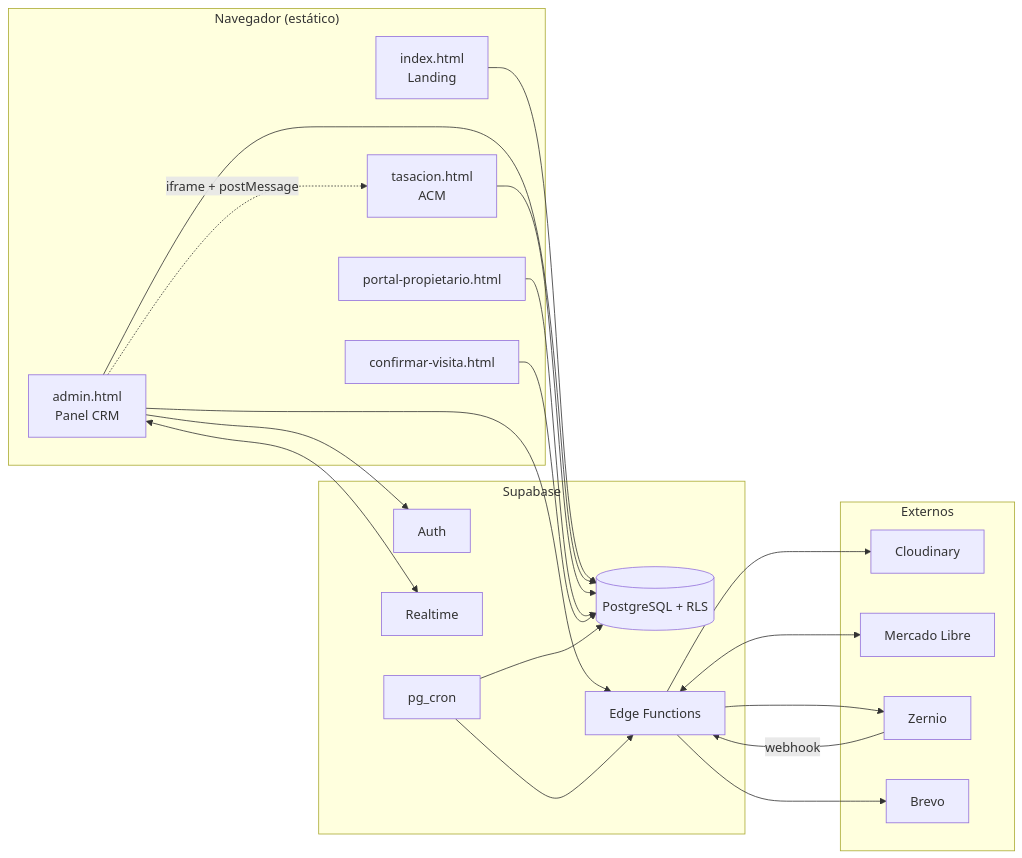
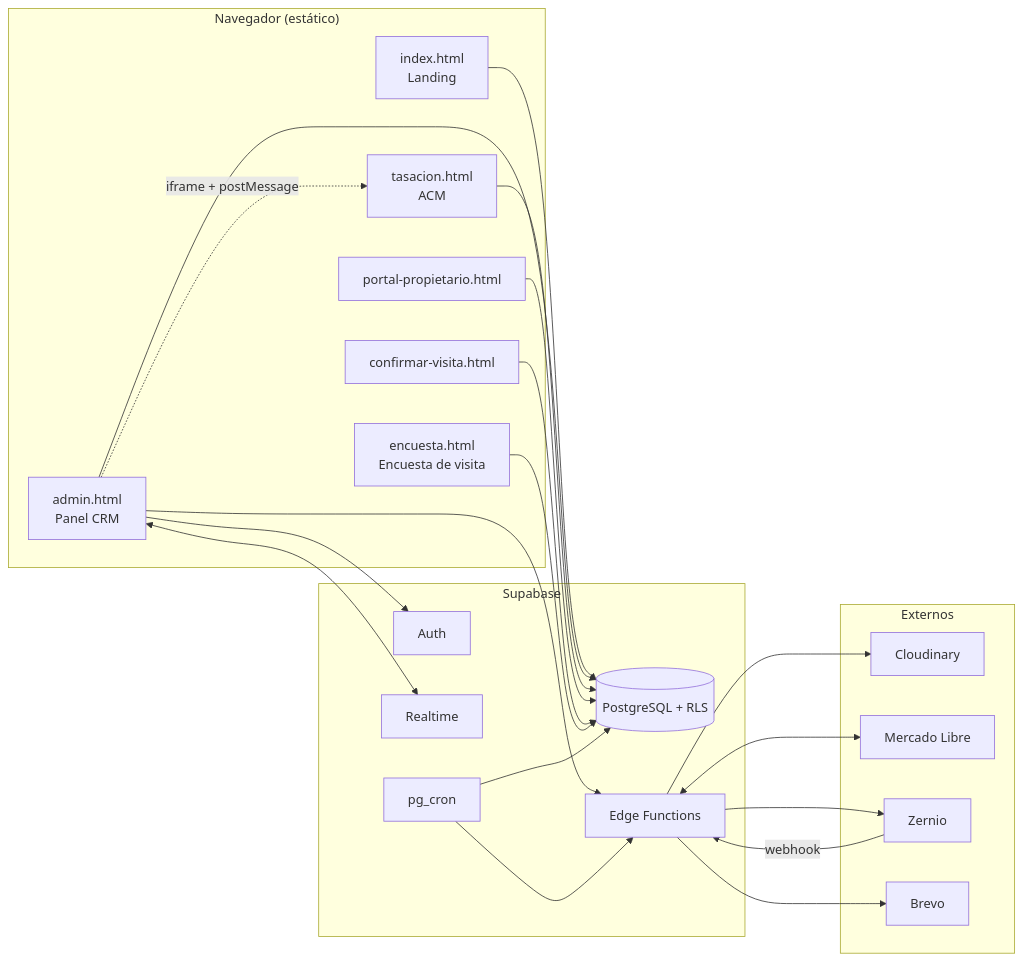
The first of 5 diagrams in README.md (facuherrera23/BH-OFICIAL), drawn with Mermaid before and after one commit. The commit also changed other lines of this file, not shown here.

First line of the commit message:
docs: readme completo con la encuesta de visita — seccion, diagramas, modelo y adr-017

````diff
--- a/README.md
+++ b/README.md
@@ -153,43 +154,45 @@
 ```mermaid
 flowchart LR
     subgraph Cliente["Navegador (estático)"]
         L[index.html<br/>Landing]
         A[admin.html<br/>Panel CRM]
         T[tasacion.html<br/>ACM]
         P[portal-propietario.html]
         V[confirmar-visita.html]
+        E[encuesta.html<br/>Encuesta de visita]
     end
 
     subgraph Supabase
         AUTH[Auth]
         DB[(PostgreSQL + RLS)]
         RT[Realtime]
         EF[Edge Functions]
         CRON[pg_cron]
     end
 
     subgraph Externos
         CLD[Cloudinary]
         ML[Mercado Libre]
         ZN[Zernio]
         BR[Brevo]
     end
 
     L --> DB
     A --> AUTH
     A --> DB
     A <--> RT
     A --> EF
     A -. iframe + postMessage .-> T
     T --> DB
     P --> DB
     V --> DB
+    E --> DB
 
     EF --> CLD
     EF <--> ML
     ZN -- webhook --> EF
     EF --> ZN
     EF --> BR
     CRON --> EF
     CRON --> DB
 ```
````
